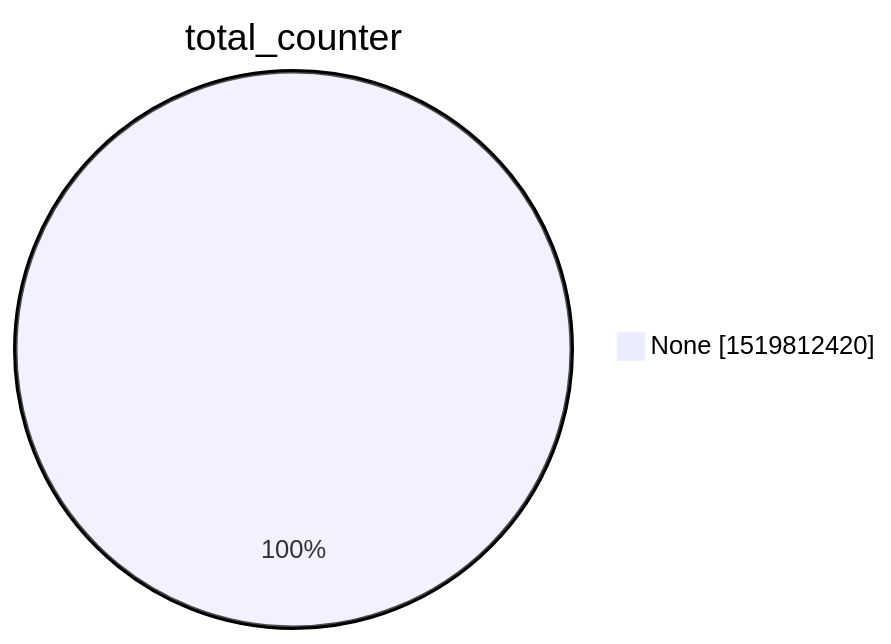
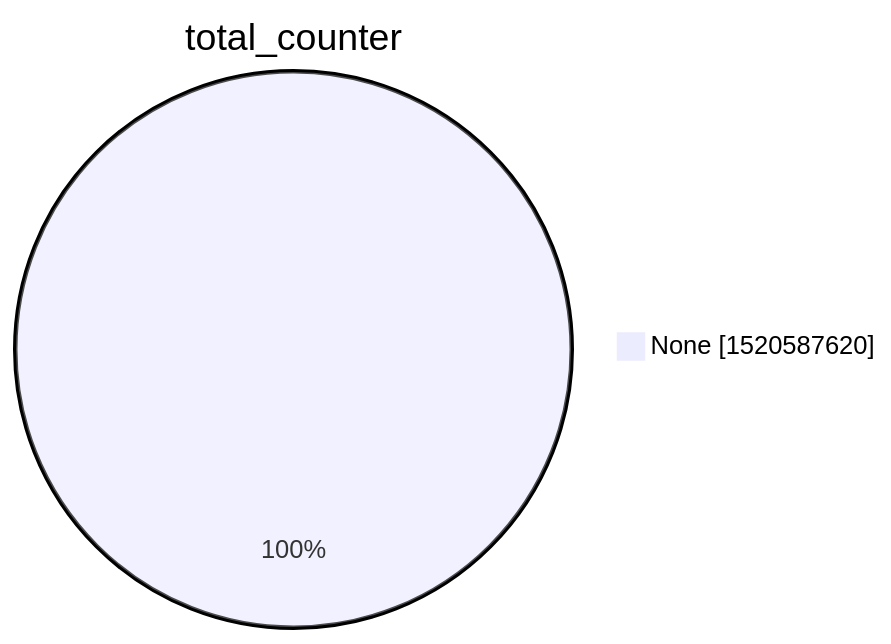
The second of 15 diagrams in xenon2022/README.md (christiankrug/ctmonitor_visualization), drawn with Mermaid before and after one commit. The commit also changed other lines of this file, not shown here.

````diff
--- a/xenon2022/README.md
+++ b/xenon2022/README.md
@@ -9,5 +9,5 @@
 ```mermaid
 pie showData
 title total_counter
-"None" :1519812420
+"None" :1520587620
 ```
````
